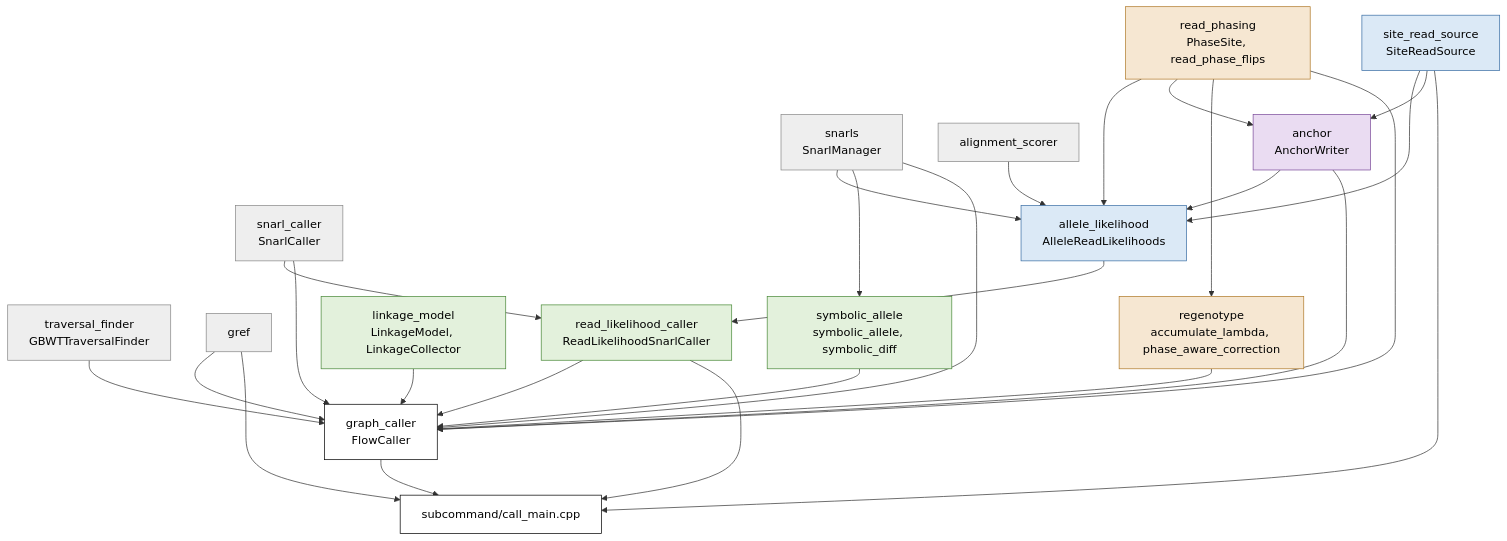
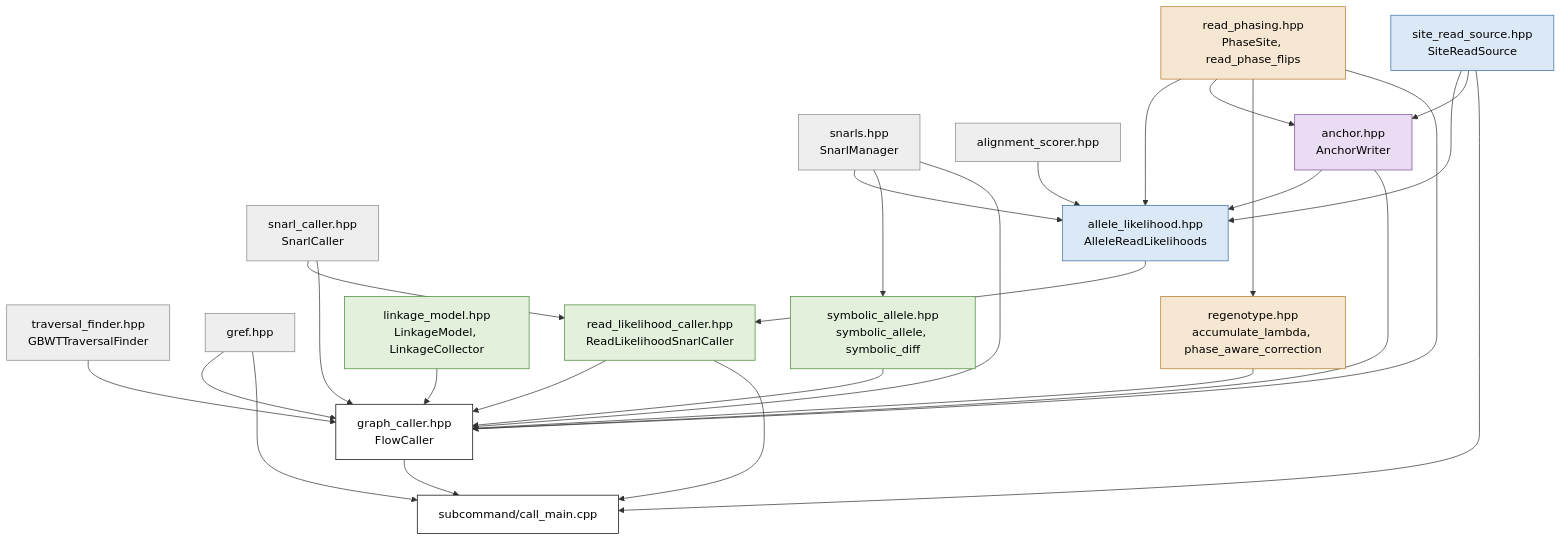
One commit to vgteam/vg changed the diagram in doc/read-likelihood-architecture.md. Above: the diagram before and after it, drawn with Mermaid. The commit also changed other lines of this file and 1 other file, not shown here.

First line of the commit message:
doc: present the site likelihood as a model and its approximations

````diff
--- a/doc/read-likelihood-architecture.md
+++ b/doc/read-likelihood-architecture.md
@@ -65,52 +66,52 @@
 ```mermaid
 flowchart TD
-    snarls["snarls<br/>SnarlManager"]:::vg
-    scorer["alignment_scorer"]:::vg
-    finder["traversal_finder<br/>GBWTTraversalFinder"]:::vg
-    snarlcaller["snarl_caller<br/>SnarlCaller"]:::vg
-    gref["gref"]:::vg
+    snarls["snarls.hpp<br/>SnarlManager"]:::vg
+    scorer["alignment_scorer.hpp"]:::vg
+    finder["traversal_finder.hpp<br/>GBWTTraversalFinder"]:::vg
+    snarlcaller["snarl_caller.hpp<br/>SnarlCaller"]:::vg
+    gref["gref.hpp"]:::vg
 
-    reads["site_read_source<br/>SiteReadSource"]:::likelihood
-    phasing["read_phasing<br/>PhaseSite, read_phase_flips"]:::phase
-    anchor["anchor<br/>AnchorWriter"]:::output
-    likelihood["allele_likelihood<br/>AlleleReadLikelihoods"]:::likelihood
-    caller["read_likelihood_caller<br/>ReadLikelihoodSnarlCaller"]:::genotype
-    linkage["linkage_model<br/>LinkageModel, LinkageCollector"]:::genotype
-    symbolic["symbolic_allele<br/>symbolic_allele, symbolic_diff"]:::genotype
-    regenotype["regenotype<br/>accumulate_lambda, phase_aware_correction"]:::phase
-    graphcaller["graph_caller<br/>FlowCaller"]:::driver
+    reads["site_read_source.hpp<br/>SiteReadSource"]:::likelihood
+    phasing["read_phasing.hpp<br/>PhaseSite, read_phase_flips"]:::phase
+    anchor["anchor.hpp<br/>AnchorWriter"]:::output
+    likelihood["allele_likelihood.hpp<br/>AlleleReadLikelihoods"]:::likelihood
+    caller["read_likelihood_caller.hpp<br/>ReadLikelihoodSnarlCaller"]:::genotype
+    linkage["linkage_model.hpp<br/>LinkageModel, LinkageCollector"]:::genotype
+    symbolic["symbolic_allele.hpp<br/>symbolic_allele, symbolic_diff"]:::genotype
+    regenotype["regenotype.hpp<br/>accumulate_lambda, phase_aware_correction"]:::phase
+    graphcaller["graph_caller.hpp<br/>FlowCaller"]:::driver
     main["subcommand/call_main.cpp"]:::driver
 
     reads --> likelihood
     scorer --> likelihood
     snarls --> likelihood
     phasing --> likelihood
     anchor --> likelihood
     reads --> anchor
     phasing --> anchor
     phasing --> regenotype
     snarls --> symbolic
     likelihood --> caller
     snarlcaller --> caller
     caller --> graphcaller
     linkage --> graphcaller
     symbolic --> graphcaller
     regenotype --> graphcaller
     phasing --> graphcaller
     anchor --> graphcaller
     finder --> graphcaller
     snarls --> graphcaller
     snarlcaller --> graphcaller
     gref --> graphcaller
     graphcaller --> main
     caller --> main
     reads --> main
     gref --> main
 
     classDef vg fill:#eeeeee,stroke:#888888,color:#000000
     classDef likelihood fill:#dbe9f6,stroke:#3a6ea5,color:#000000
     classDef genotype fill:#e3f1dc,stroke:#4a8a3a,color:#000000
     classDef phase fill:#f6e7d2,stroke:#b07a2a,color:#000000
     classDef output fill:#eadcf2,stroke:#7a4a9a,color:#000000
     classDef driver fill:#ffffff,stroke:#000000,color:#000000
 ```
````
